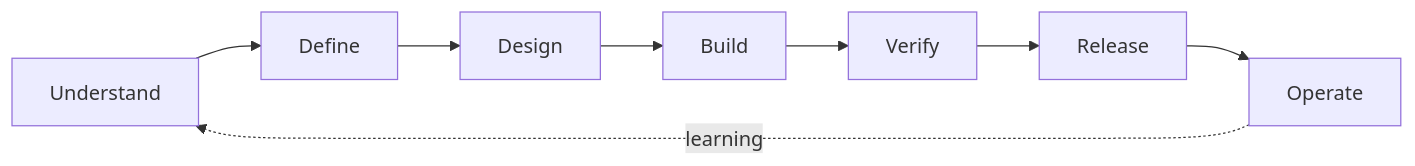
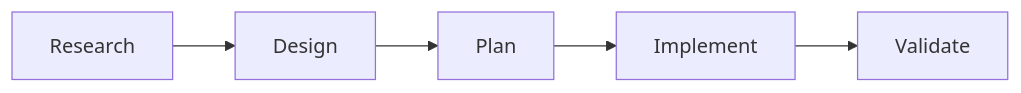
Before and after one commit to yschiang/ai_engineering: the first of 2 diagrams in 02_Framework.md, drawn with Mermaid. The commit also changed other lines of this file and 4 other files, not shown here.

````diff
--- a/02_Framework.md
+++ b/02_Framework.md
@@ -118,10 +117,7 @@
 ```mermaid
 flowchart LR
-    A[Understand] --> B[Define]
-    B --> C[Design]
-    C --> D[Build]
-    D --> E[Verify]
-    E --> F[Release]
-    F --> G[Operate]
-    G -. learning .-> A
+    R[Research] --> D[Design]
+    D --> P[Plan]
+    P --> I[Implement]
+    I --> V[Validate]
 ```
````
